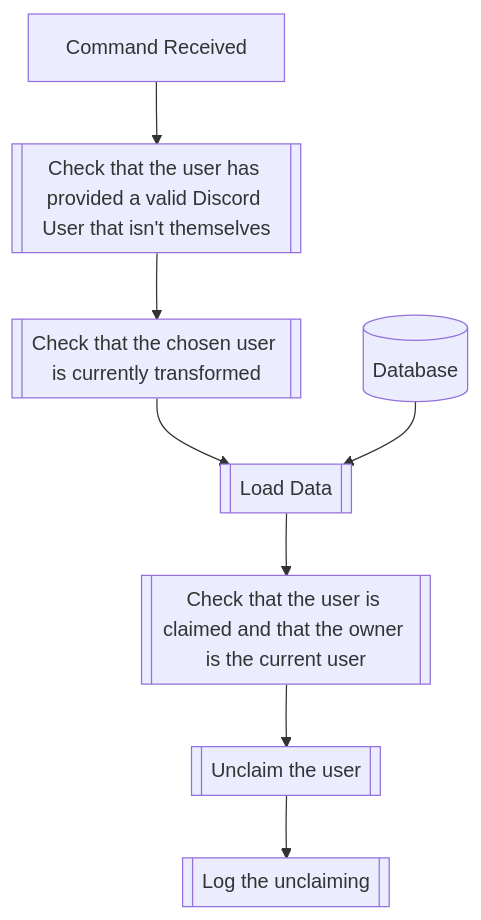
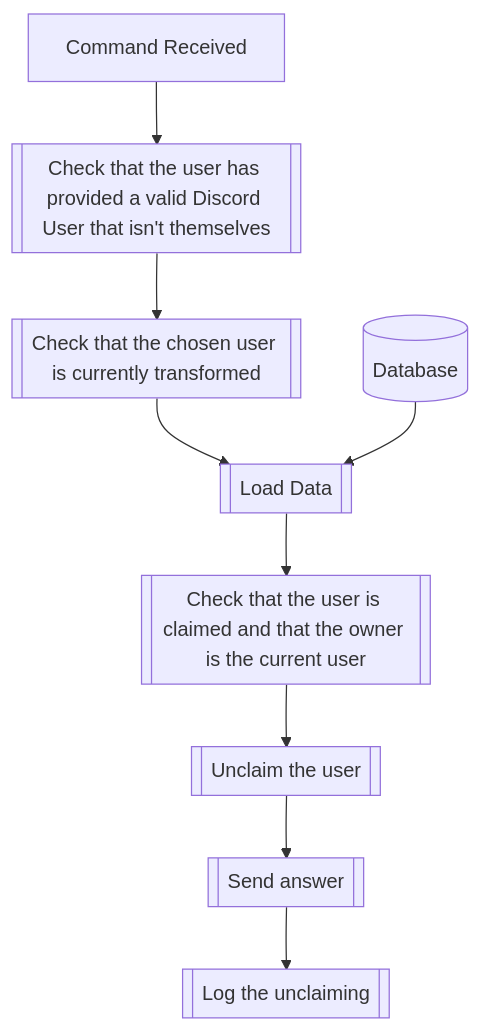
The second of 2 diagrams in docs/commands/transformation/claim_and_unclaim.md (dorythecat/TransforMate), drawn with Mermaid before and after one commit. The commit also changed other lines of this file and 5 other files, not shown here.

Commit message:
Fixed flowcharts and some typos

````diff
--- a/docs/commands/transformation/claim_and_unclaim.md
+++ b/docs/commands/transformation/claim_and_unclaim.md
@@ -30,10 +31,11 @@
 ```mermaid
 flowchart TD
     CommandReceived[Command Received] --> CheckUser[[Check that the user has provided a valid Discord User that isn't themselves]]
     CheckUser --> SecondCheckUser[[Check that the chosen user is currently transformed]]
     SecondCheckUser --> LoadData[[Load Data]]
     Database[(Database)] --> LoadData
     LoadData --> CheckClaim[[Check that the user is claimed and that the owner is the current user]]
     CheckClaim --> Unclaim[[Unclaim the user]]
-    Unclaim --> Log[[Log the unclaiming]]
+    Unclaim --> SendAnswer[[Send answer]]
+    SendAnswer --> Log[[Log the unclaiming]]
 ```
````
